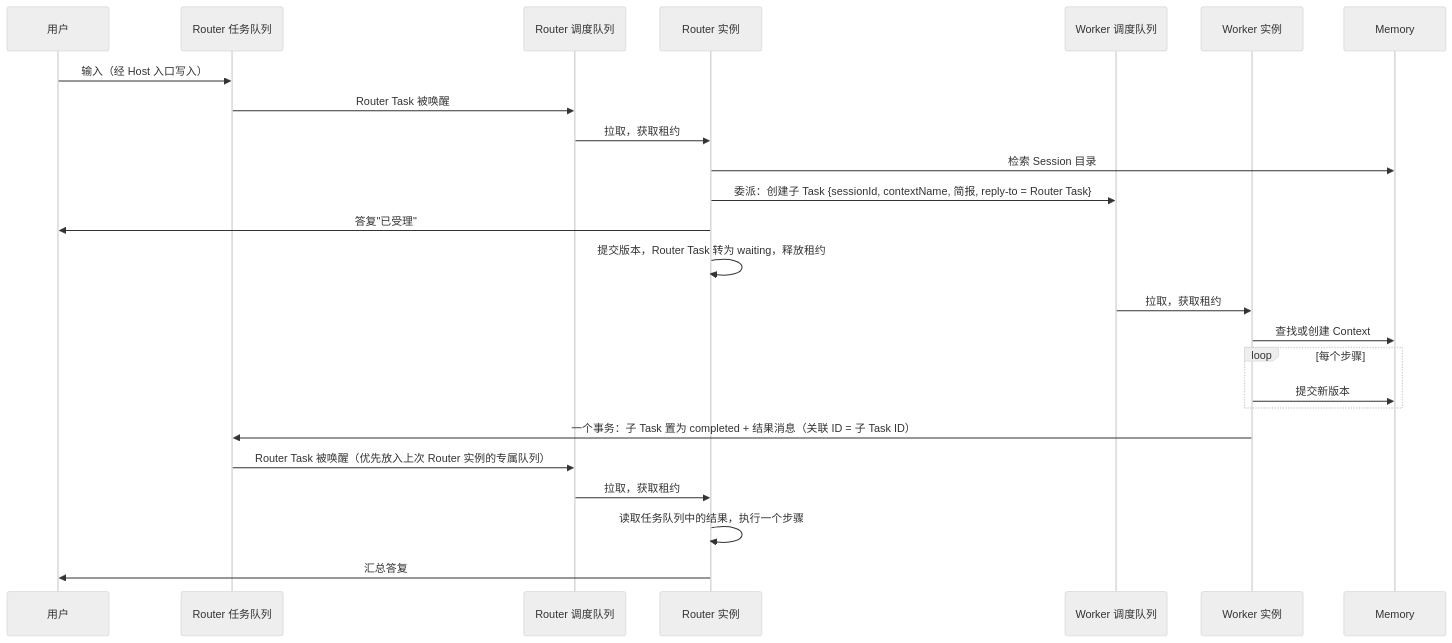
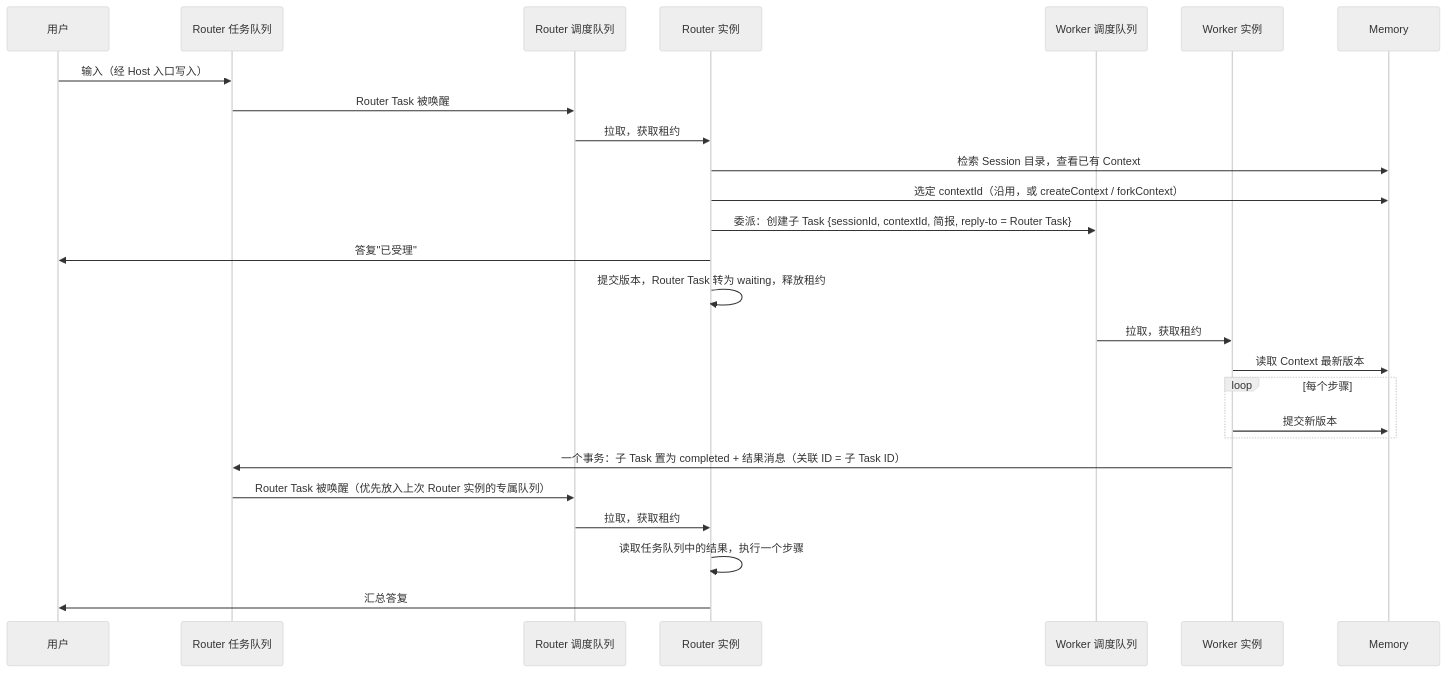
One commit to langsfang/ga changed the first of 2 diagrams in docs/agent-harness.md. Above: the diagram before and after it, drawn with Mermaid (neutral theme). The commit also changed other lines of this file and 5 other files, not shown here.

First line of the commit message:
docs: 同类系统对比，Router 先选定 Context 再发布任务

````diff
--- a/docs/agent-harness.md
+++ b/docs/agent-harness.md
@@ -130,28 +130,29 @@
 ```mermaid
 sequenceDiagram
     participant U as 用户
     participant RQ as Router 任务队列
     participant RD as Router 调度队列
     participant R as Router 实例
     participant WD as Worker 调度队列
     participant W as Worker 实例
     participant M as Memory
 
     U->>RQ: 输入（经 Host 入口写入）
     RQ->>RD: Router Task 被唤醒
     RD->>R: 拉取，获取租约
-    R->>M: 检索 Session 目录
-    R->>WD: 委派：创建子 Task {sessionId, contextName, 简报, reply-to = Router Task}
+    R->>M: 检索 Session 目录，查看已有 Context
+    R->>M: 选定 contextId（沿用，或 createContext / forkContext）
+    R->>WD: 委派：创建子 Task {sessionId, contextId, 简报, reply-to = Router Task}
     R->>U: 答复"已受理"
     R->>R: 提交版本，Router Task 转为 waiting，释放租约
     WD->>W: 拉取，获取租约
-    W->>M: 查找或创建 Context
+    W->>M: 读取 Context 最新版本
     loop 每个步骤
         W->>M: 提交新版本
     end
     W->>RQ: 一个事务：子 Task 置为 completed + 结果消息（关联 ID = 子 Task ID）
     RQ->>RD: Router Task 被唤醒（优先放入上次 Router 实例的专属队列）
     RD->>R: 拉取，获取租约
     R->>R: 读取任务队列中的结果，执行一个步骤
     R->>U: 汇总答复
 ```
````
